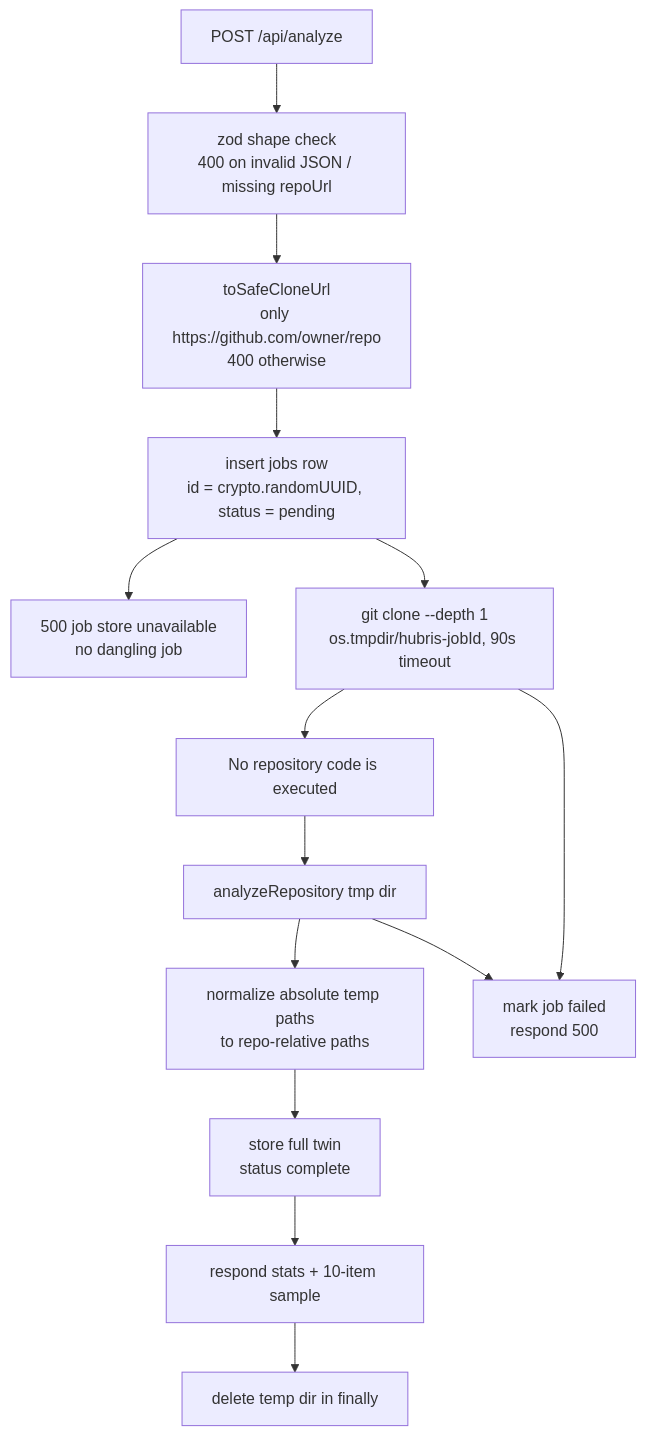
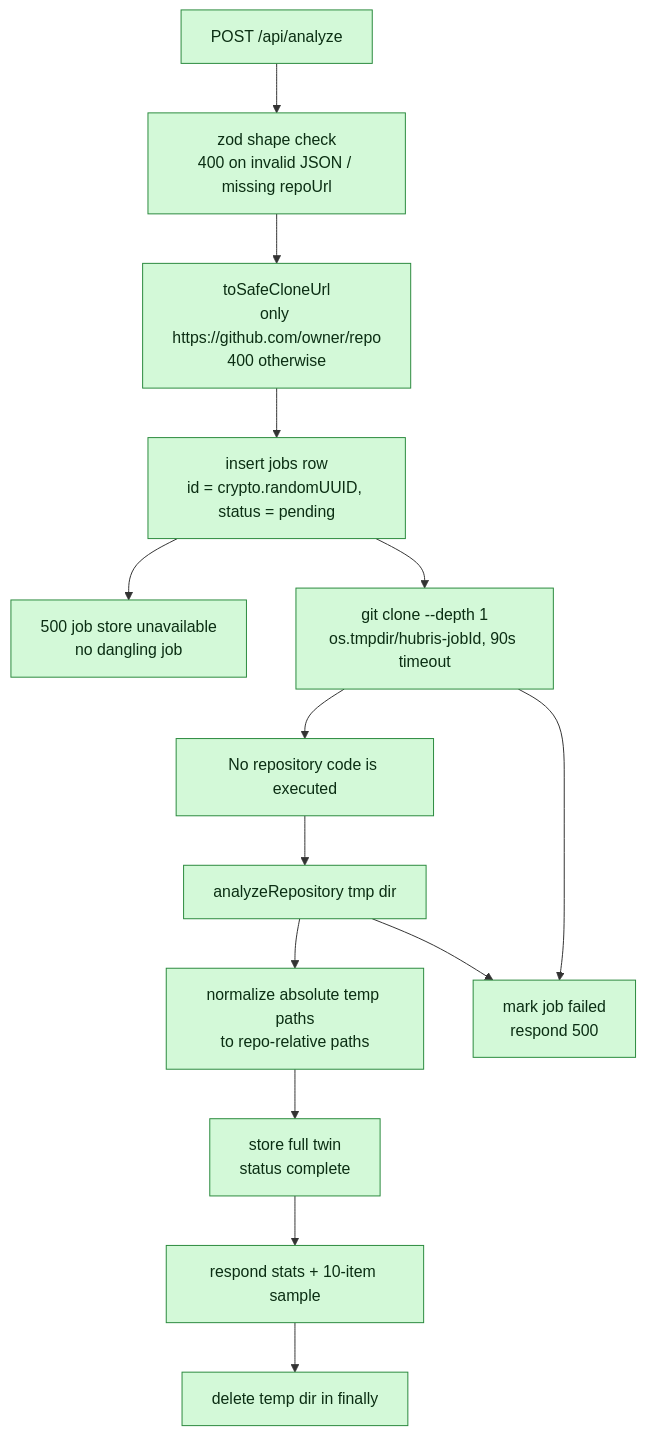
One commit to kaiser1x/hubris changed the fourth of 17 diagrams in docs/ARCHITECTURE.md. Above: the diagram before and after it, drawn with Mermaid. The commit also changed other lines of this file and 1 other file, not shown here.

First line of the commit message:
docs: fix erDiagram reserved word and color-code architecture maps

````diff
--- a/docs/ARCHITECTURE.md
+++ b/docs/ARCHITECTURE.md
@@ -93,30 +108,34 @@
 ```mermaid
 flowchart TD
     Req["POST /api/analyze"]
     Zod["zod shape check<br/>400 on invalid JSON / missing repoUrl"]
     Safe["toSafeCloneUrl<br/>only https://github.com/owner/repo<br/>400 otherwise"]
     Insert["insert jobs row<br/>id = crypto.randomUUID, status = pending"]
     DbFail["500 job store unavailable<br/>no dangling job"]
     Clone["git clone --depth 1<br/>os.tmpdir/hubris-jobId, 90s timeout"]
     NoExec["No repository code is executed"]
     Analyze["analyzeRepository tmp dir"]
     Norm["normalize absolute temp paths<br/>to repo-relative paths"]
     Store["store full twin<br/>status complete"]
     Slim["respond stats + 10-item sample"]
     Clean["delete temp dir in finally"]
     Fail["mark job failed<br/>respond 500"]
 
     Req --> Zod
     Zod --> Safe
     Safe --> Insert
     Insert --> DbFail
     Insert --> Clone
     Clone --> NoExec
     NoExec --> Analyze
     Analyze --> Norm
     Norm --> Store
     Store --> Slim
     Slim --> Clean
     Clone --> Fail
     Analyze --> Fail
+
+    classDef live fill:#d3f9d8,stroke:#2b8a3e,color:#0b2e13
+    classDef store fill:#dbe4ff,stroke:#3b5bdb,color:#10215c
+    class Req,Zod,Safe,Insert,Clone,NoExec,Analyze,Norm,Store,Slim,Clean,DbFail,Fail live
 ```
````
